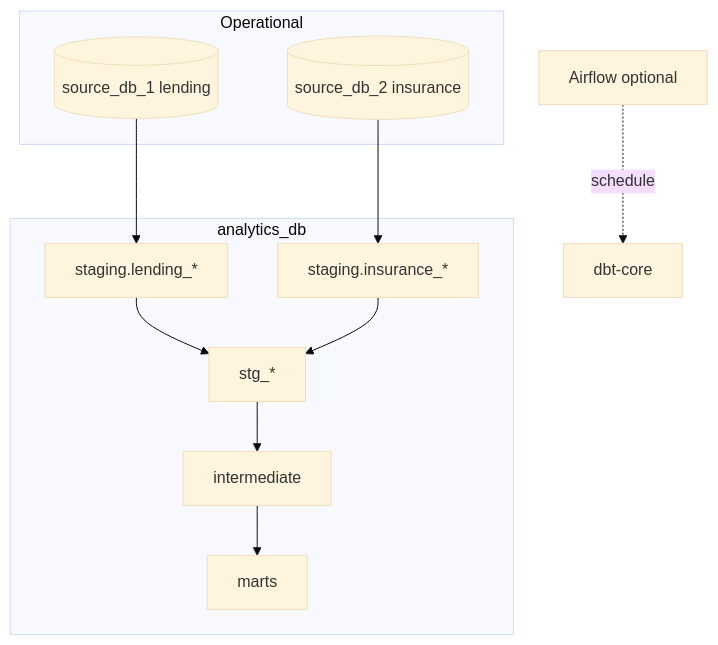
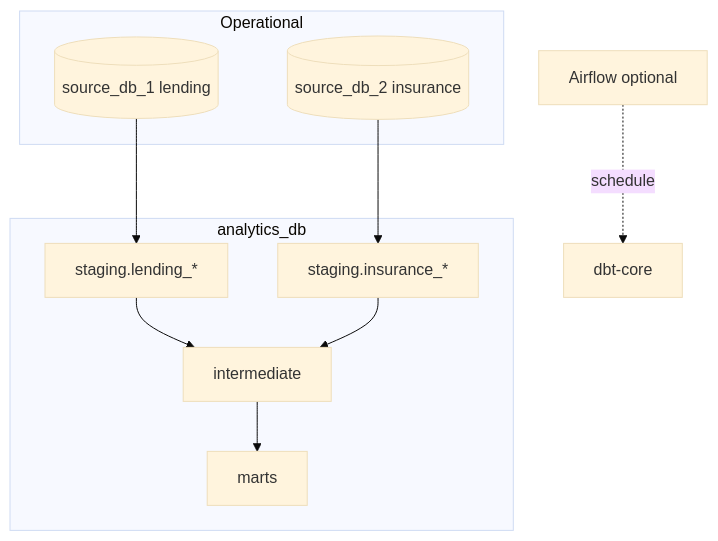
One commit to minhsphuc12/mvp-data-product changed the diagram in README.md. Above: the diagram before and after it, drawn with Mermaid (base theme). The commit also changed other lines of this file, not shown here.

````diff
--- a/README.md
+++ b/README.md
@@ -48,23 +54,21 @@
 ```mermaid
 flowchart TB
   subgraph ops [Operational]
     S1[(source_db_1 lending)]
     S2[(source_db_2 insurance)]
   end
   subgraph wh [analytics_db]
     LND[staging.lending_*]
     INS[staging.insurance_*]
-    STG[stg_*]
     INT[intermediate]
     MRT[marts]
   end
   AF[Airflow optional]
   DBT[dbt-core]
   S1 --> LND
   S2 --> INS
   AF -.->|schedule| DBT
-  LND --> STG
-  INS --> STG
-  STG --> INT
+  LND --> INT
+  INS --> INT
   INT --> MRT
 ```
````
